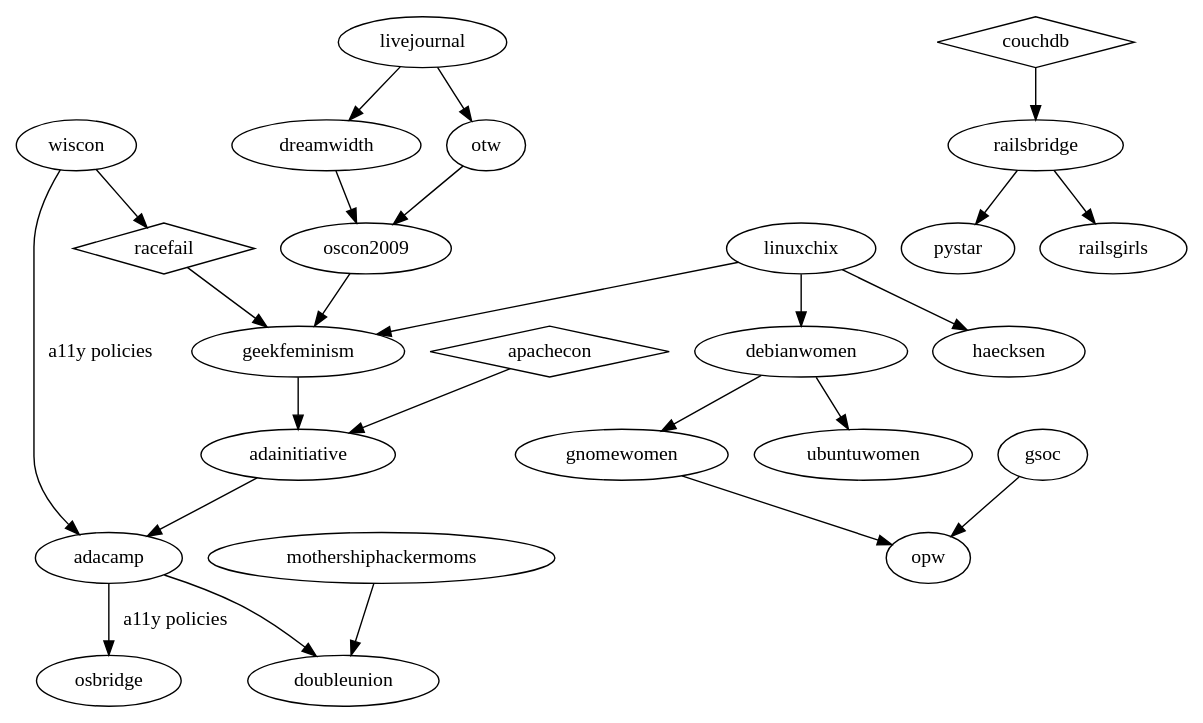
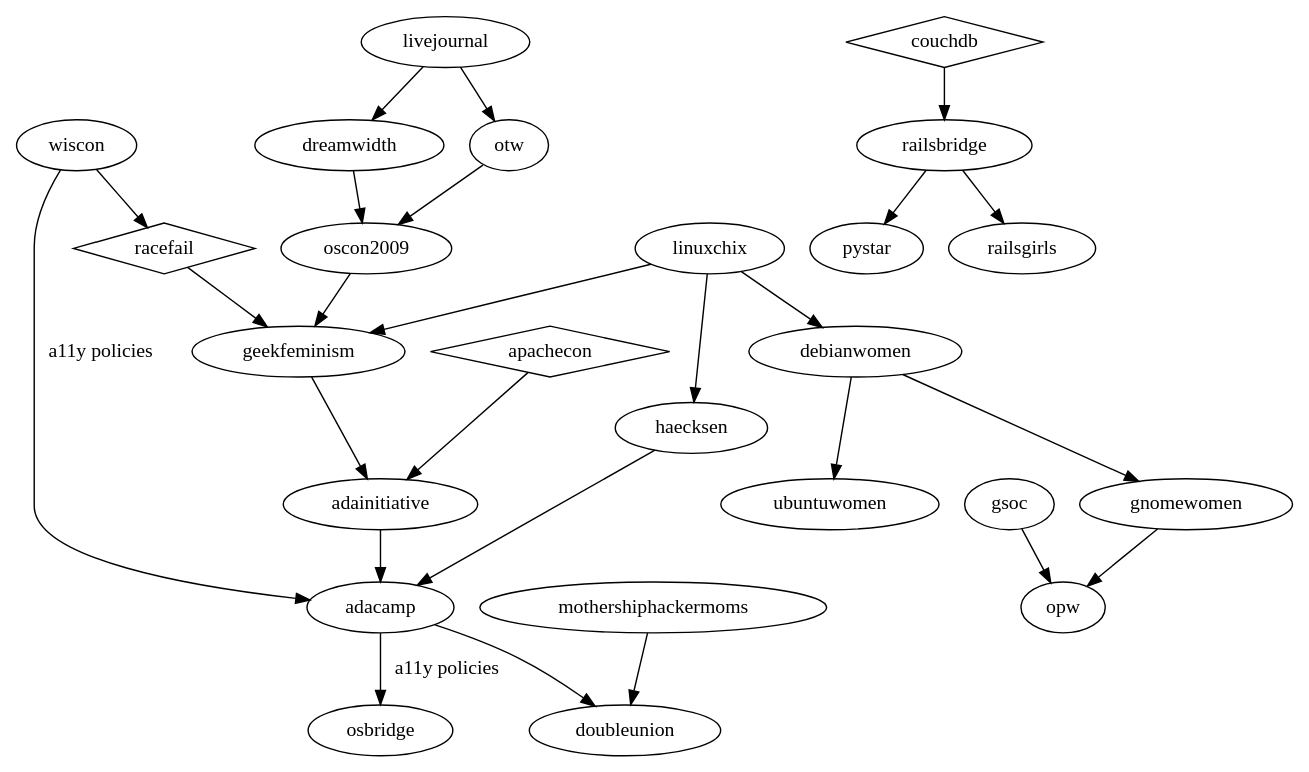
The diagram in gfft.dot (brainwane/gf-family-tree), drawn with Graphviz before and after one commit.

Commit message:
One more adacamp ancestor

```diff
--- a/gfft.dot
+++ b/gfft.dot
@@ -1,69 +1,73 @@
 digraph G {
 
   /*
      The following shapes are used for different types of things:
      oval = geek feminist/women-in-tech/etc organisation
      diamond = event/incident (cf. GF wiki "Timeline of Incidents")
   */
 
   /* Skud set up the GF wiki in 2008, mostly inspired by earlier "women
    * in open source" communities such as linuxchix */
   linuxchix -> geekfeminism;
 
   /* in 2009, Racefail introduced Skud and other GF wiki contributors to
    * a lot of new ideas */
   racefail -> geekfeminism;
   racefail [shape=diamond];
 
   /* in 2010, the Noirin Plunkett's assault at ApacheCon triggered
    * discussions about anti-harassment that would lead to the formation
    * of the Ada Initiative */
   apachecon -> adainitiative;
   apachecon [shape=diamond];
 
   geekfeminism -> adainitiative;
   adainitiative -> adacamp;
 
   /* Adacamp was inspired in some ways by Wiscon, eg. accessibility */
   wiscon -> adacamp [label="a11y policies"];
   /* and then open source bridge picked up some of that from adacamp */
   adacamp -> osbridge [label="a11y policies"];
 
   /* DoubleUnion came out of AdaCamp SF in 2012 */
   adacamp -> doubleunion;
   /* pretty sure mothership hackermoms was also an inspiration? */
   mothershiphackermoms -> doubleunion;
 
   /* Various early women-in-open-source mailing lists etc */
   linuxchix -> debianwomen;
   debianwomen -> ubuntuwomen;
   debianwomen -> gnomewomen;
 
   /* LinuxChix inspired the Haecksen miniconf at LCA */
   linuxchix -> haecksen;
 
+  /* Both creations of Mary Gardiner's, one of the inputs to AdaCamp is
+     what wasn't possible with Haecksen */
+  haecksen -> adacamp;
+
   /* RailsBridge happened in response to the CouchDB incident at
    * GoGaRuCo */
   couchdb -> railsbridge;
   couchdb [shape=diamond];
   railsbridge -> pystar;
   railsbridge -> railsgirls;
 
   gnomewomen -> opw;
   /* Google Summer of Code influenced OPW in two ways: 1. form 2. lack
    * of women applicants to GSoc. */
   gsoc -> opw;
   wiscon -> racefail;
 
   /* Livejournal (esp. their fail) inspired DW and OTW */
   livejournal -> dreamwidth;
   livejournal -> otw;
 
   /* Dreamwidth and OTW inspired Skud's 2009 OSCON keynote */
   dreamwidth -> oscon2009;
   otw -> oscon2009;
 
   /* GF blog came out of the oscon2009 keynote, as a place to have
    * ongoing conversations */
   oscon2009 -> geekfeminism;
 }
```
